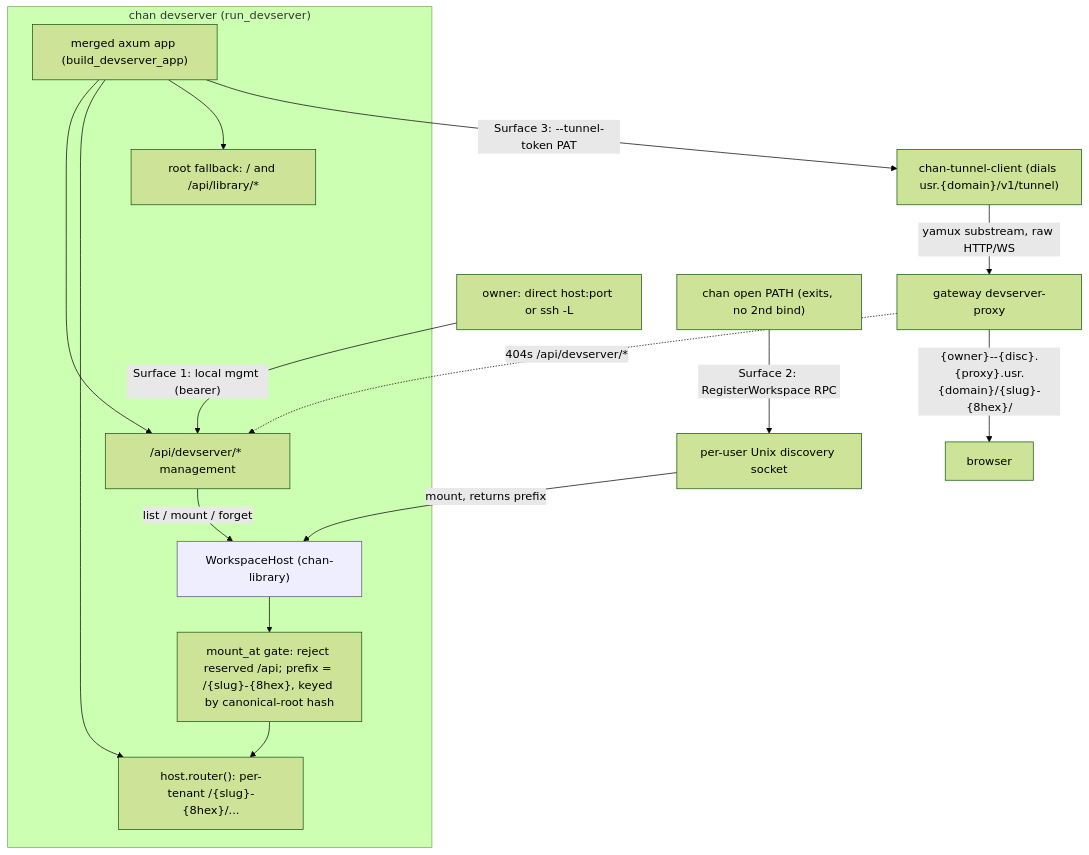
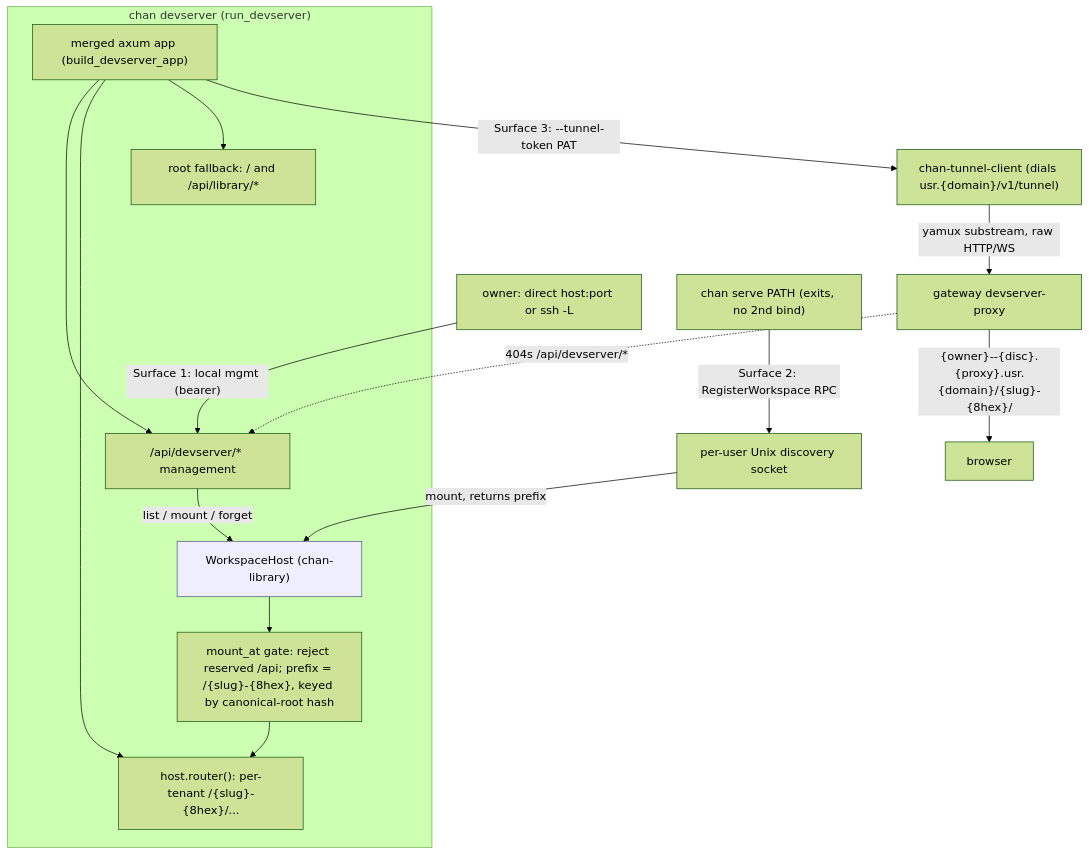
Before and after one commit to fiorix/chan: the second of 2 diagrams in design.md, drawn with Mermaid (forest theme). The commit also changed other lines of this file and 118 other files, not shown here.

````diff
--- a/design.md
+++ b/design.md
@@ -155,26 +155,26 @@
 ```mermaid
 flowchart TB
   subgraph DV["chan devserver (run_devserver)"]
     Host["WorkspaceHost (chan-library)"]
     Gate["mount_at gate: reject reserved /api; prefix = /{slug}-{8hex}, keyed by canonical-root hash"]
     App["merged axum app (build_devserver_app)"]
     Mgmt["/api/devserver/* management"]
     Tenants["host.router(): per-tenant /{slug}-{8hex}/..."]
     Launcher["root fallback: / and /api/library/*"]
     Host --> Gate
     Gate --> Tenants
     App --> Mgmt
     App --> Tenants
     App --> Launcher
   end
   Owner["owner: direct host:port or ssh -L"] -->|"Surface 1: local mgmt (bearer)"| Mgmt
   Mgmt -->|"list / mount / forget"| Host
-  CLI["chan open PATH (exits, no 2nd bind)"] -->|"Surface 2: RegisterWorkspace RPC"| Disc["per-user Unix discovery socket"]
+  CLI["chan serve PATH (exits, no 2nd bind)"] -->|"Surface 2: RegisterWorkspace RPC"| Disc["per-user Unix discovery socket"]
   Disc -->|"mount, returns prefix"| Host
   App -->|"Surface 3: --tunnel-token PAT"| Tun["chan-tunnel-client (dials usr.{domain}/v1/tunnel)"]
   Tun -->|"yamux substream, raw HTTP/WS"| Proxy["gateway devserver-proxy"]
   Proxy -->|"{owner}--{disc}.{proxy}.usr.{domain}/{slug}-{8hex}/"| Browser["browser"]
   Proxy -.->|"404s /api/devserver/*"| Mgmt
   classDef core fill:#eef,stroke:#557;
   class Host core;
 ```
````
